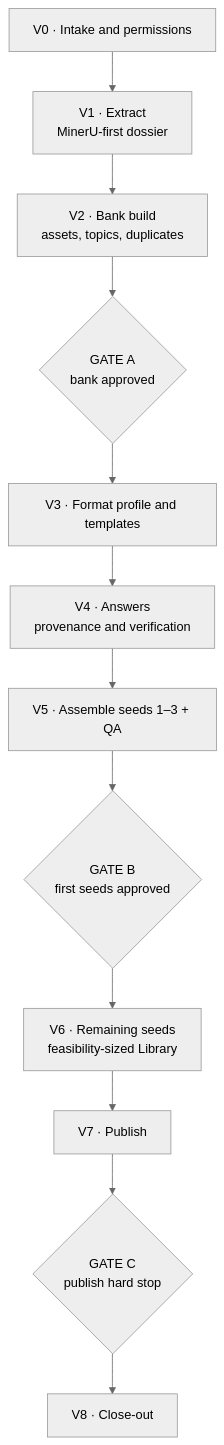
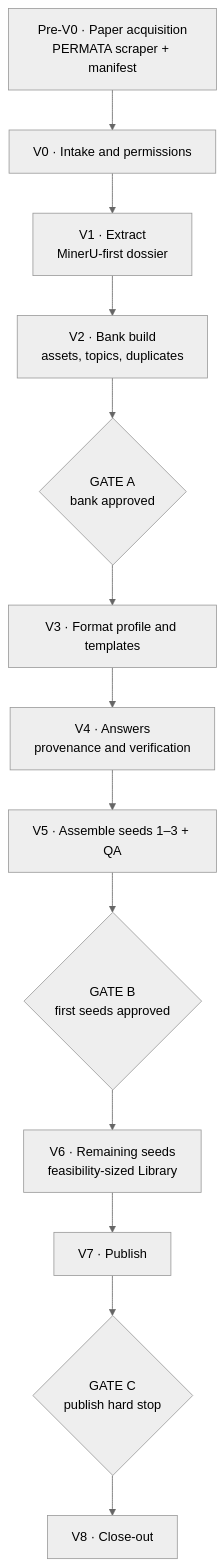
One commit to jerkfish/paper-generator changed the second of 3 diagrams in README.md. Above: the diagram before and after it, drawn with Mermaid (neutral theme). The commit also changed other lines of this file and 92 other files, not shown here.

````diff
--- a/README.md
+++ b/README.md
@@ -140,14 +149,15 @@
 ```mermaid
 flowchart TD
-  V0["V0 · Intake and permissions"] --> V1["V1 · Extract<br/>MinerU-first dossier"]
+  P0["Pre-V0 · Paper acquisition<br/>PERMATA scraper + manifest"] --> V0["V0 · Intake and permissions"]
+  V0 --> V1["V1 · Extract<br/>MinerU-first dossier"]
   V1 --> V2["V2 · Bank build<br/>assets, topics, duplicates"]
   V2 --> GA{"GATE A<br/>bank approved"}
   GA --> V3["V3 · Format profile and templates"]
   V3 --> V4["V4 · Answers<br/>provenance and verification"]
   V4 --> V5["V5 · Assemble seeds 1–3 + QA"]
   V5 --> GB{"GATE B<br/>first seeds approved"}
   GB --> V6["V6 · Remaining seeds<br/>feasibility-sized Library"]
   V6 --> V7["V7 · Publish"]
   V7 --> GC{"GATE C<br/>publish hard stop"}
   GC --> V8["V8 · Close-out"]
 ```
````
